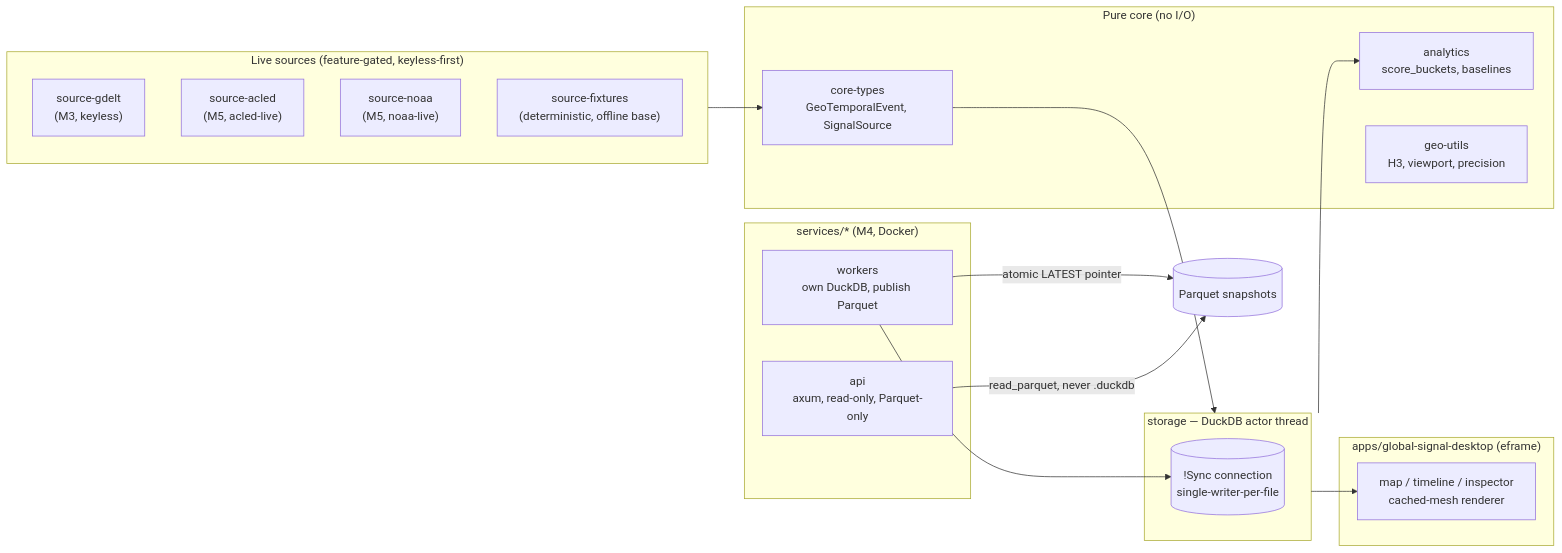
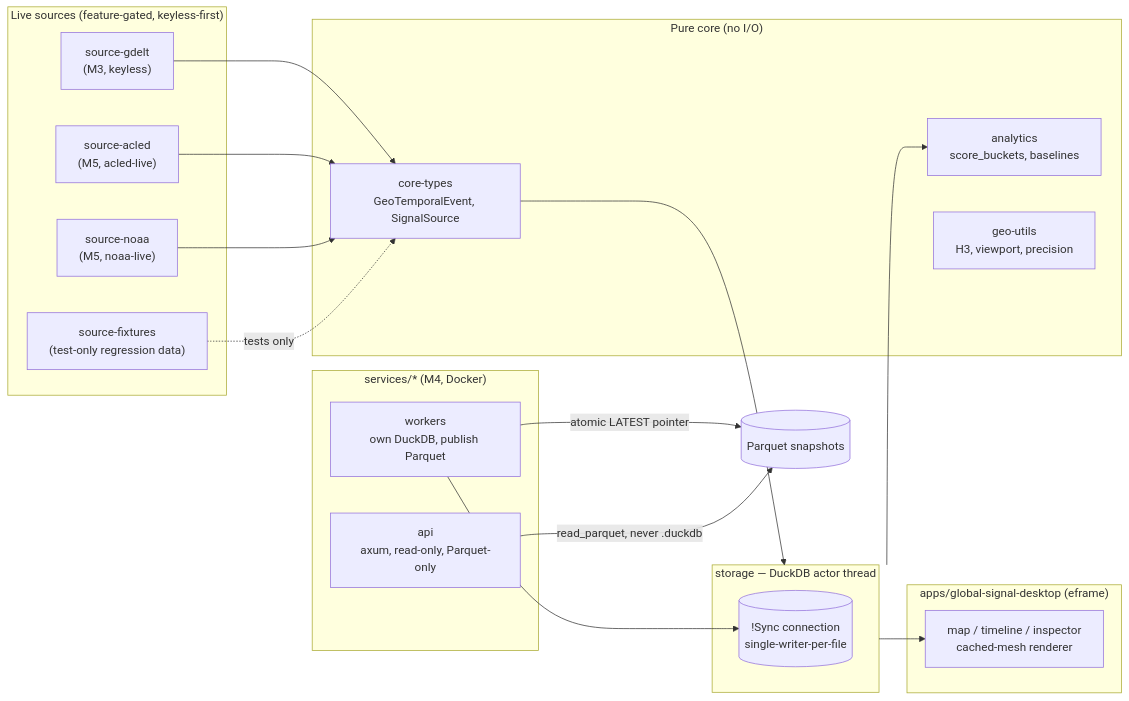
One commit to arcTanMyAngle/global_unrest changed the diagram in README.md. Above: the diagram before and after it, drawn with Mermaid. The commit also changed other lines of this file and 15 other files, not shown here.

````diff
--- a/README.md
+++ b/README.md
@@ -28,36 +21,40 @@
 ```mermaid
 flowchart LR
     subgraph Sources["Live sources (feature-gated, keyless-first)"]
         GDELT["source-gdelt\n(M3, keyless)"]
         ACLED["source-acled\n(M5, acled-live)"]
         NOAA["source-noaa\n(M5, noaa-live)"]
-        FIX["source-fixtures\n(deterministic, offline base)"]
+        FIX["source-fixtures\n(test-only regression data)"]
     end
 
     subgraph Core["Pure core (no I/O)"]
         CT["core-types\nGeoTemporalEvent, SignalSource"]
         AN["analytics\nscore_buckets, baselines"]
         GEO["geo-utils\nH3, viewport, precision"]
     end
 
     subgraph Storage["storage — DuckDB actor thread"]
         DB[("!Sync connection\nsingle-writer-per-file")]
     end
 
-    Sources --> CT --> Storage
+    GDELT --> CT
+    ACLED --> CT
+    NOAA --> CT
+    FIX -. tests only .-> CT
+    CT --> Storage
     Storage --> AN
 
     subgraph Desktop["apps/global-signal-desktop (eframe)"]
         UI["map / timeline / inspector\ncached-mesh renderer"]
     end
 
     subgraph Services["services/* (M4, Docker)"]
         WORKER["workers\nown DuckDB, publish Parquet"]
         API["api\naxum, read-only, Parquet-only"]
     end
 
     Storage --> UI
     WORKER --> DB
     WORKER -- "atomic LATEST pointer" --> SNAP[("Parquet snapshots")]
     API -- "read_parquet, never .duckdb" --> SNAP
 ```
````
